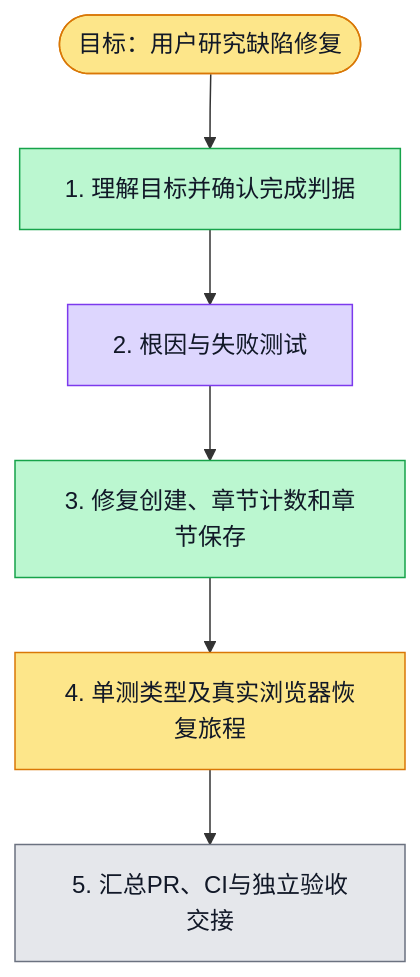
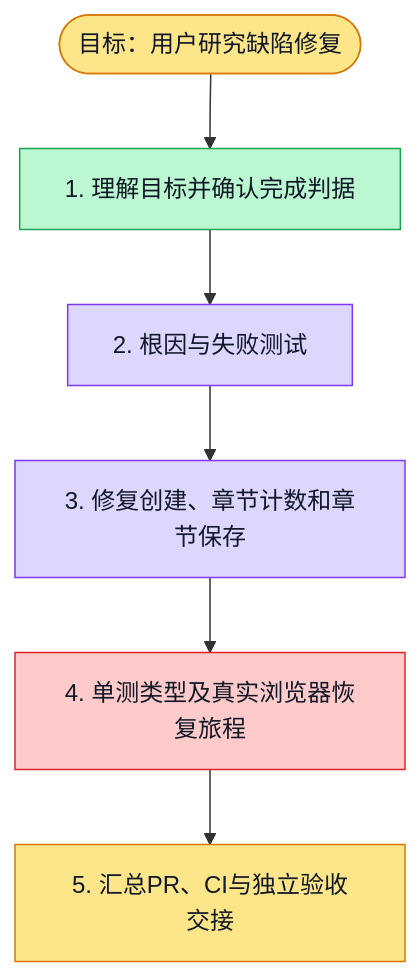
The diagram in docs/verification/5056-research-fixes-plan.md (boardx/workspacex), drawn with Mermaid before and after one commit. The commit also changed 37 other files, not shown here.

Commit message:
docs(research): record real-provider fix acceptance and verification limits

````diff
--- a/docs/verification/5056-research-fixes-plan.md
+++ b/docs/verification/5056-research-fixes-plan.md
@@ -17,25 +17,27 @@
 ```mermaid
 flowchart TD
   G([目标：用户研究缺陷修复])
   S1[1. 理解目标并确认完成判据]
   S2[2. 根因与失败测试]
   S3[3. 修复创建、章节计数和章节保存]
   S4[4. 单测类型及真实浏览器恢复旅程]
   S5[5. 汇总PR、CI与独立验收交接]
 
   G --> S1 --> S2 --> S3 --> S4 --> S5
 
   classDef todo fill:#e5e7eb,stroke:#6b7280,color:#111827
   classDef doing fill:#fde68a,stroke:#d97706,color:#111827
   classDef done fill:#bbf7d0,stroke:#16a34a,color:#111827
   classDef tested fill:#ddd6fe,stroke:#7c3aed,color:#111827
   classDef blocked fill:#fecaca,stroke:#dc2626,color:#111827
 
   class G doing
   class S1 done
   class S2 tested
   %% evidence S2: 创建/计数修复前失败测试已运行，实际验收见 #5056
-  class S3 done
-  class S4 doing
-  class S5 todo
+  class S3 tested
+  %% evidence S3: docs/verification/5056-research-fixes-verification.md；研究 API195项、组件33项通过，6cfcea193独立ACCEPT
+  class S4 blocked
+  %% blocked S4: 本次IAB Word未落盘，PDF原生打印使CDP超时；工具禁止操作Codex原生窗口，导出未验完。
+  class S5 doing
 ```
````
